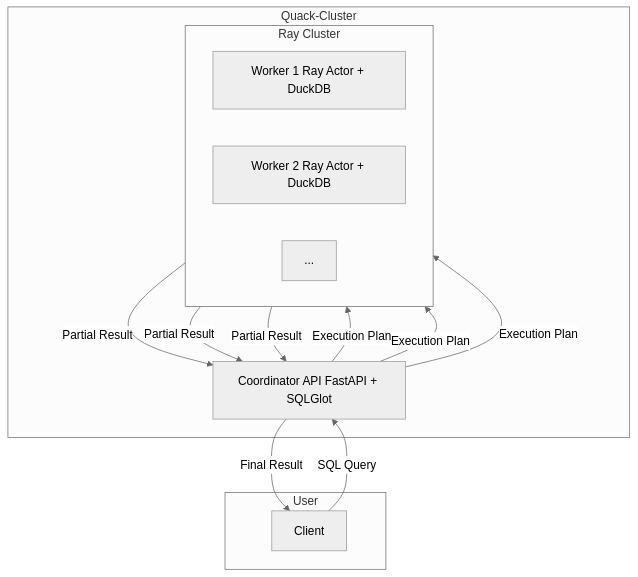
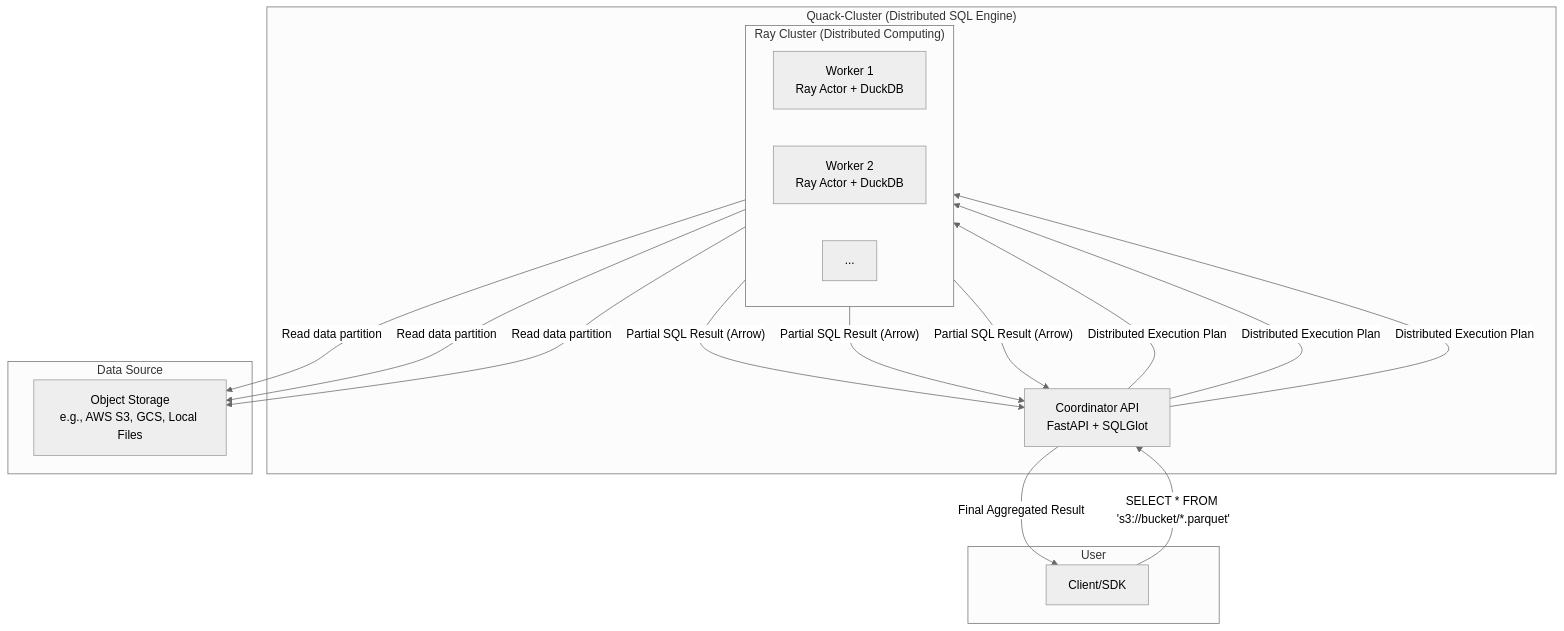
The diagram in README.md (kristianaryanto/Quack-Cluster), drawn with Mermaid (neutral theme) before and after one commit. The commit also changed other lines of this file and 5 other files, not shown here.

````diff
--- a/README.md
+++ b/README.md
@@ -32,26 +37,33 @@
 ```mermaid
 graph TD
     subgraph User
-        A[Client]
+        A[Client/SDK]
     end
 
-    subgraph Quack-Cluster
-        B[Coordinator API FastAPI + SQLGlot]
+    subgraph "Quack-Cluster (Distributed SQL Engine)"
+        B[Coordinator API<br>FastAPI + SQLGlot]
 
-        subgraph Ray Cluster
+        subgraph "Ray Cluster (Distributed Computing)"
             direction LR
-            W1[Worker 1 Ray Actor + DuckDB]
-            W2[Worker 2 Ray Actor + DuckDB]
+            W1[Worker 1<br>Ray Actor + DuckDB]
+            W2[Worker 2<br>Ray Actor + DuckDB]
             W3[...]
         end
     end
 
-    A -- SQL Query --> B
-    B -- Execution Plan --> W1
-    B -- Execution Plan --> W2
-    B -- Execution Plan --> W3
-    W1 -- Partial Result --> B
-    W2 -- Partial Result --> B
-    W3 -- Partial Result --> B
-    B -- Final Result --> A
+    subgraph "Data Source"
+        D[Object Storage<br>e.g., AWS S3, GCS, Local Files]
+    end
+
+    A -- "SELECT * FROM 's3://bucket/*.parquet'" --> B
+    B -- "Distributed Execution Plan" --> W1
+    B -- "Distributed Execution Plan" --> W2
+    B -- "Distributed Execution Plan" --> W3
+    W1 -- "Read data partition" --> D
+    W2 -- "Read data partition" --> D
+    W3 -- "Read data partition" --> D
+    W1 -- "Partial SQL Result (Arrow)" --> B
+    W2 -- "Partial SQL Result (Arrow)" --> B
+    W3 -- "Partial SQL Result (Arrow)" --> B
+    B -- "Final Aggregated Result" --> A
 ```
````
